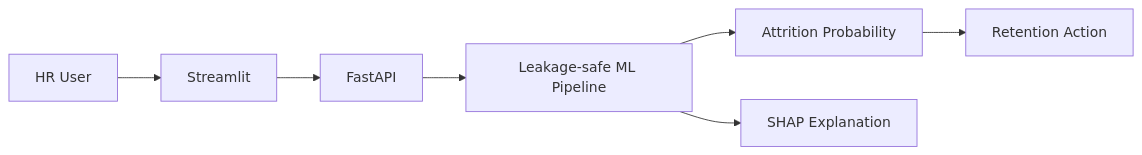
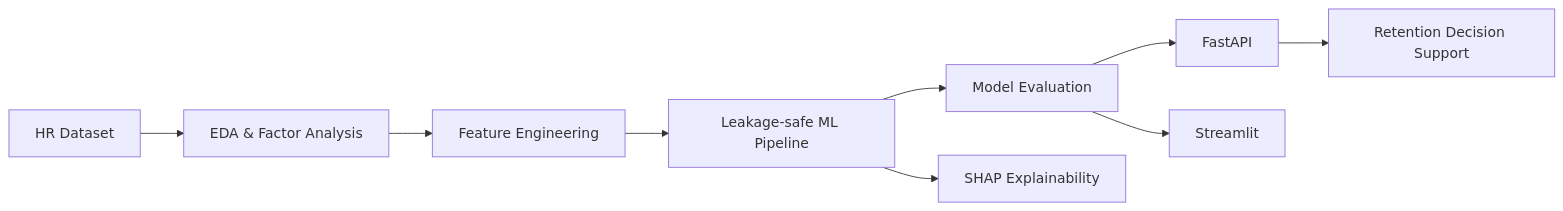
Before and after one commit to Piyu242005/Green-Destination: the diagram in README.md, drawn with Mermaid. The commit also changed other lines of this file, not shown here.

````diff
--- a/README.md
+++ b/README.md
@@ -35,9 +57,11 @@
 ```mermaid
 graph LR
-    HR[HR User] --> UI[Streamlit]
-    UI --> API[FastAPI]
-    API --> PIPE[Leakage-safe ML Pipeline]
-    PIPE --> RISK[Attrition Probability]
-    PIPE --> XAI[SHAP Explanation]
-    RISK --> ACTION[Retention Action]
+    DATA[HR Dataset] --> EDA[EDA & Factor Analysis]
+    EDA --> FE[Feature Engineering]
+    FE --> ML[Leakage-safe ML Pipeline]
+    ML --> EVAL[Model Evaluation]
+    EVAL --> API[FastAPI]
+    EVAL --> UI[Streamlit]
+    ML --> XAI[SHAP Explainability]
+    API --> ACTION[Retention Decision Support]
 ```
````
